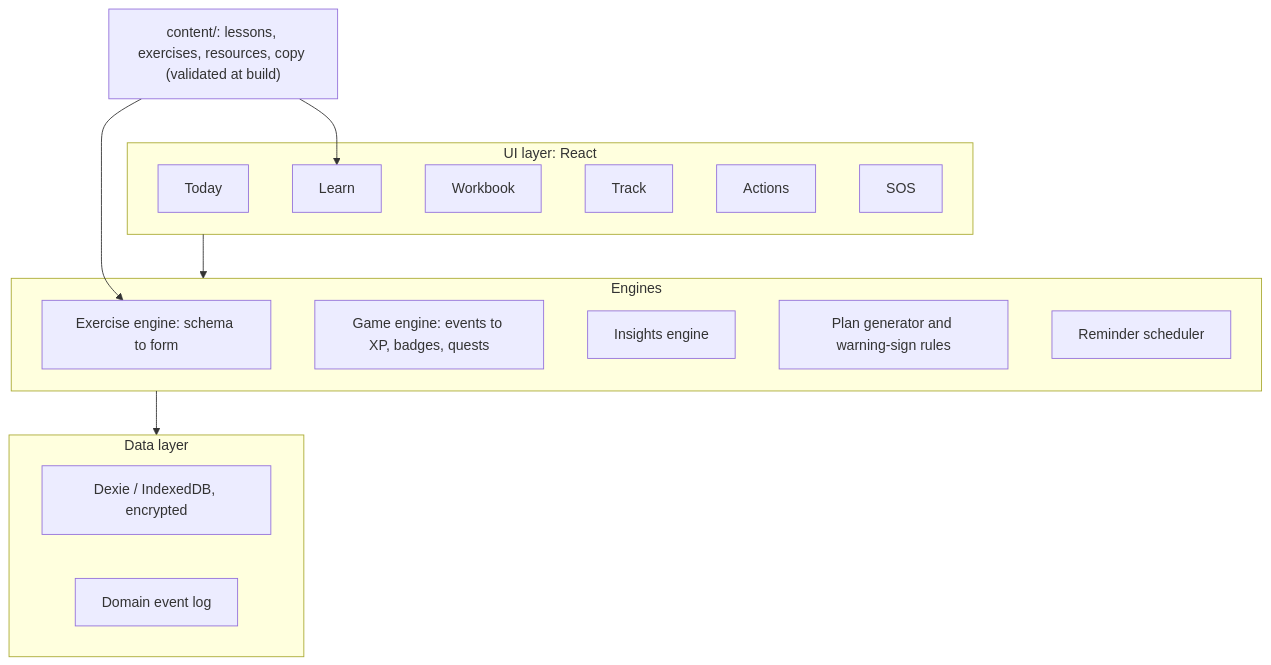
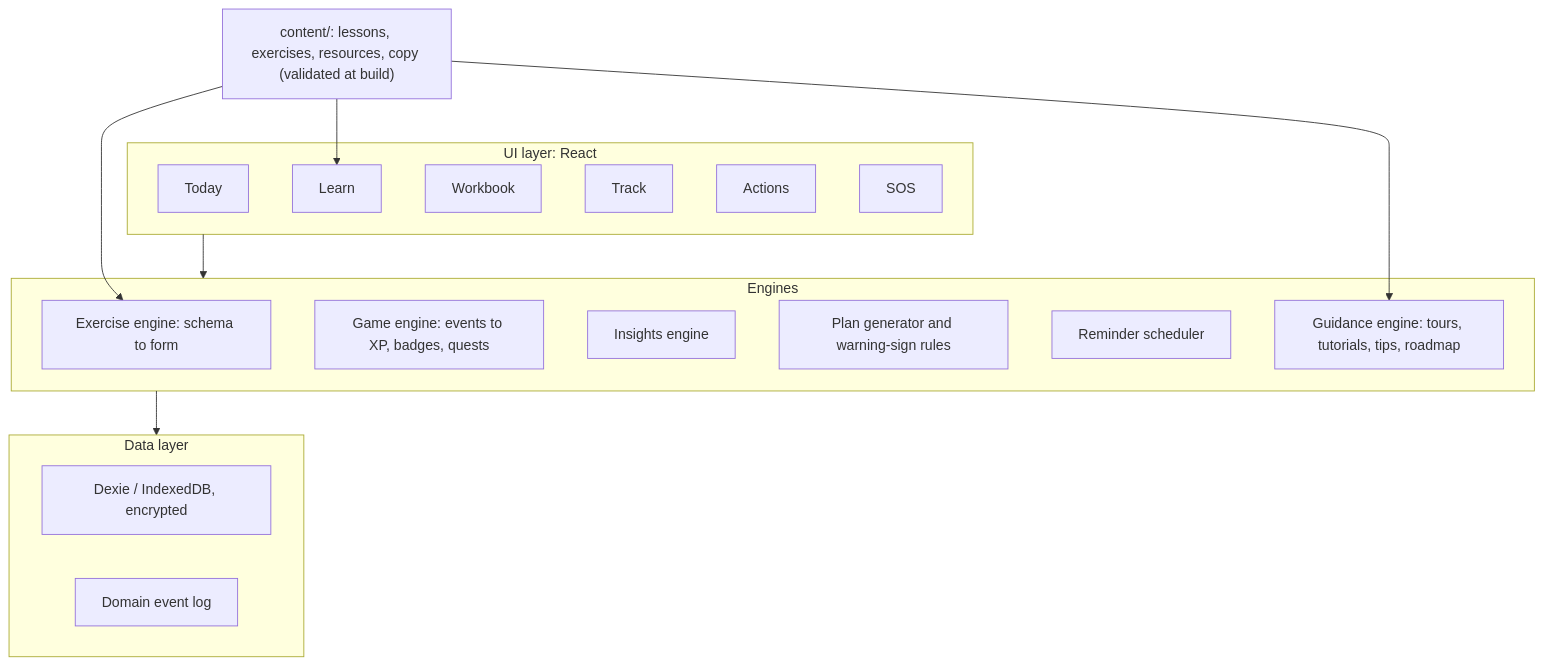
One commit to IMCOOL006/1-addic changed the third of 3 diagrams in docs/PLAN.md. Above: the diagram before and after it, drawn with Mermaid. The commit also changed other lines of this file, not shown here.

First line of the commit message:
Add in-app tutorial system and Learning Roadmap to the plan

````diff
--- a/docs/PLAN.md
+++ b/docs/PLAN.md
@@ -511,27 +586,29 @@
 ```mermaid
 flowchart TB
   subgraph UI["UI layer: React"]
     T["Today"]
     LE["Learn"]
     W["Workbook"]
     TR["Track"]
     AC["Actions"]
     S["SOS"]
   end
   subgraph ENG["Engines"]
     EX["Exercise engine: schema to form"]
     GM["Game engine: events to XP, badges, quests"]
     IN["Insights engine"]
     RP["Plan generator and warning-sign rules"]
     NT["Reminder scheduler"]
+    GD["Guidance engine: tours, tutorials, tips, roadmap"]
   end
   subgraph DATA["Data layer"]
     DB["Dexie / IndexedDB, encrypted"]
     EV["Domain event log"]
   end
   CT["content/: lessons, exercises, resources, copy (validated at build)"]
   UI --> ENG
   ENG --> DATA
   CT --> EX
   CT --> LE
+  CT --> GD
 ```
````
